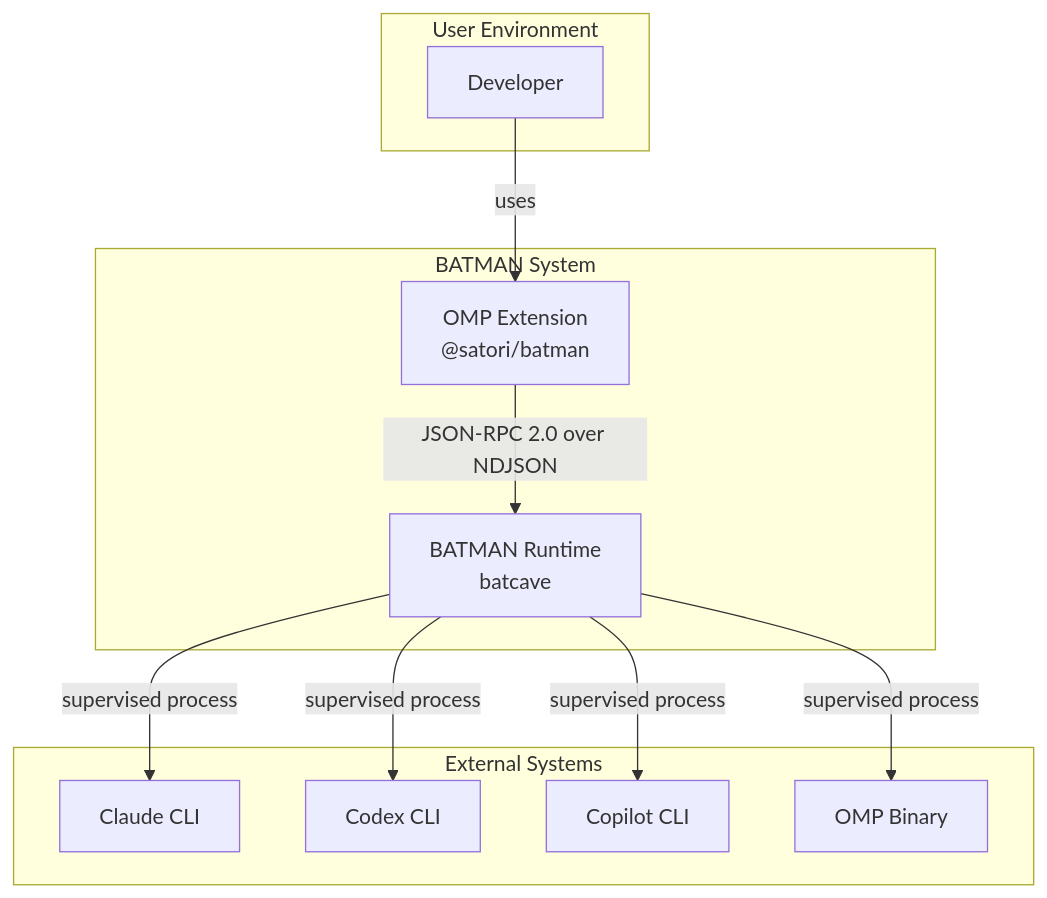
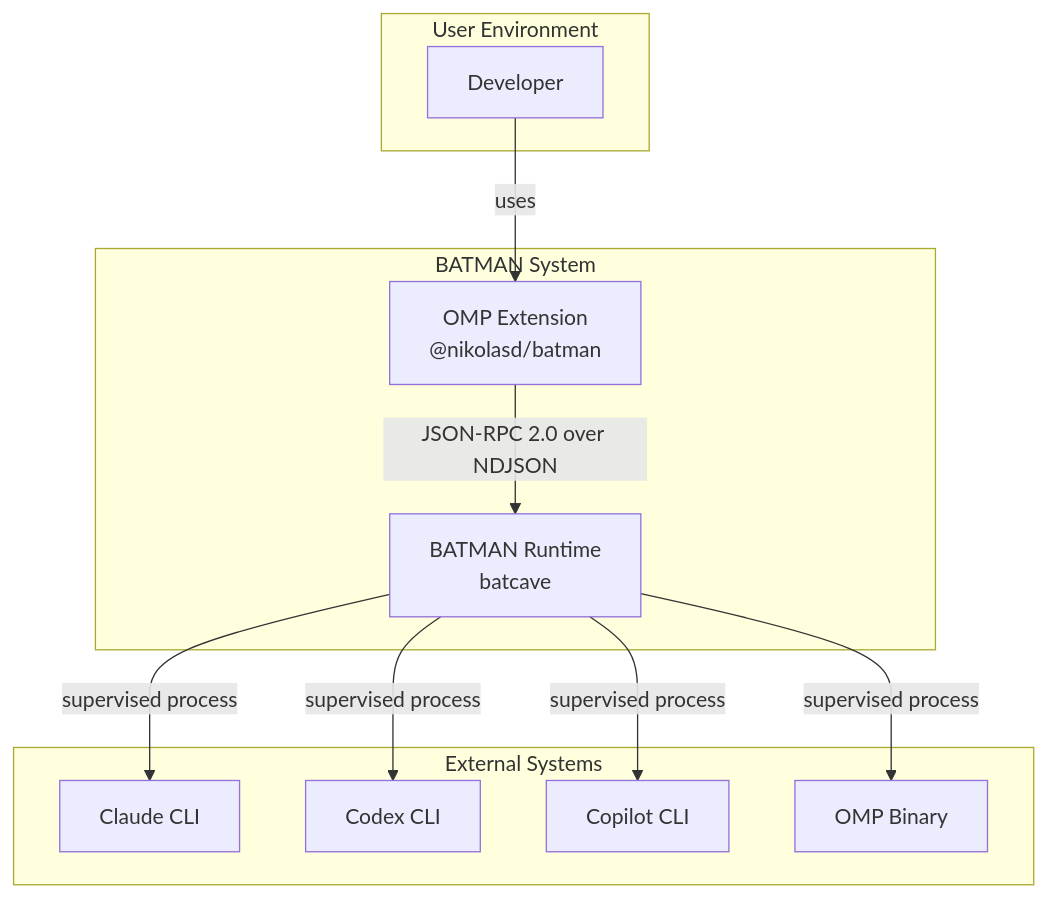
Before and after one commit to nikolasd/batman: the first of 5 diagrams in docs/architecture.md, drawn with Mermaid. The commit also changed other lines of this file and 11 other files, not shown here.

````diff
--- a/docs/architecture.md
+++ b/docs/architecture.md
@@ -32,25 +32,25 @@
 ```mermaid
 graph TB
     subgraph "User Environment"
         U[Developer]
     end
 
     subgraph "BATMAN System"
-        OE[OMP Extension<br/>@satori/batman]
+        OE[OMP Extension<br/>@nikolasd/batman]
         BR[BATMAN Runtime<br/>batcave]
     end
 
     subgraph "External Systems"
         C[Claude CLI]
         CD[Codex CLI]
         CP[Copilot CLI]
         O[OMP Binary]
     end
 
     U -->|uses| OE
     OE -->|JSON-RPC 2.0 over NDJSON| BR
     BR -->|supervised process| C
     BR -->|supervised process| CD
     BR -->|supervised process| CP
     BR -->|supervised process| O
 ```
````
